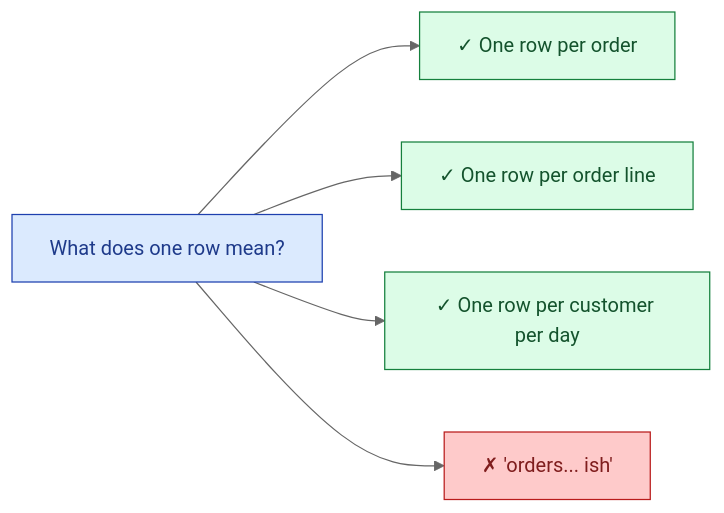
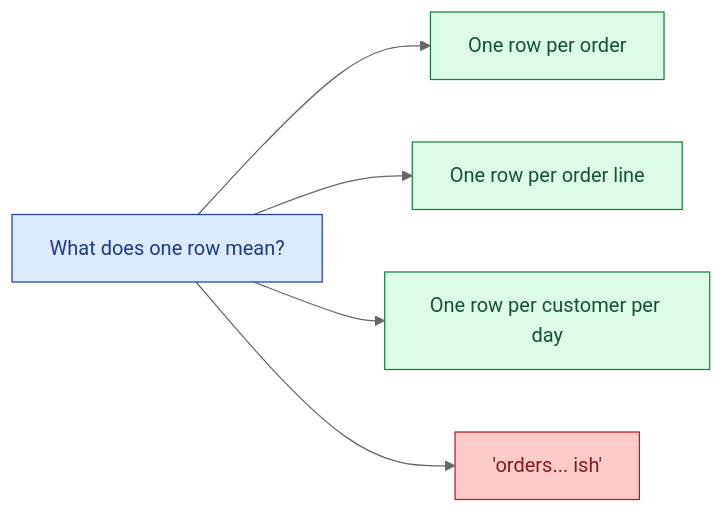
One commit to shiningflash/shiningflash.github.io changed the first of 2 diagrams in _de_concepts/010-grain.md. Above: the diagram before and after it, drawn with Mermaid (neutral theme). The commit also changed other lines of this file and 69 other files, not shown here.

````diff
--- a/_de_concepts/010-grain.md
+++ b/_de_concepts/010-grain.md
@@ -12,12 +14,12 @@
 ```mermaid
 flowchart LR
-    Q["What does one row mean?"]:::q
-    Q --> A1["✓ One row per order"]:::g
-    Q --> A2["✓ One row per order line"]:::g
-    Q --> A3["✓ One row per customer per day"]:::g
-    Q --> A4["✗ 'orders... ish'"]:::r
+    Q["What does one row mean?"]:::a
+    Q --> A1["One row per order"]:::g
+    Q --> A2["One row per order line"]:::g
+    Q --> A3["One row per customer per day"]:::g
+    Q --> A4["'orders... ish'"]:::r
 
-    classDef q fill:#dbeafe,stroke:#1e40af,color:#1e3a8a
+    classDef a fill:#dbeafe,stroke:#1e40af,color:#1e3a8a
     classDef g fill:#dcfce7,stroke:#15803d,color:#14532d
     classDef r fill:#fecaca,stroke:#b91c1c,color:#7f1d1d
 ```
````
